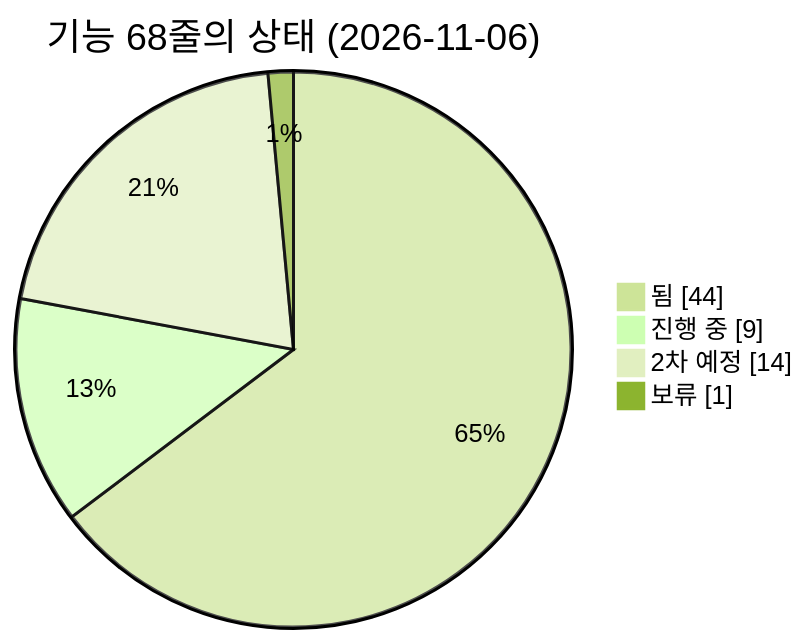
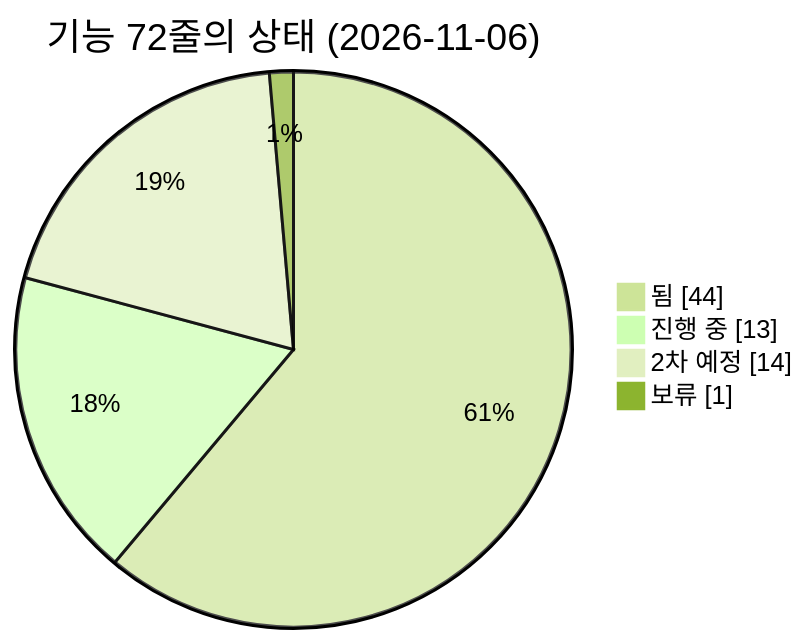
The first of 3 diagrams in docs/map/feature-map.md (agent-ddalgi-team/final-geosan), drawn with Mermaid (forest theme) before and after one commit. The commit also changed other lines of this file and 2 other files, not shown here.

````diff
--- a/docs/map/feature-map.md
+++ b/docs/map/feature-map.md
@@ -31,8 +31,8 @@
 ```mermaid
 pie showData
-    title 기능 68줄의 상태 (2026-11-06)
+    title 기능 72줄의 상태 (2026-11-06)
     "됨" : 44
-    "진행 중" : 9
+    "진행 중" : 13
     "2차 예정" : 14
     "보류" : 1
 ```
````
